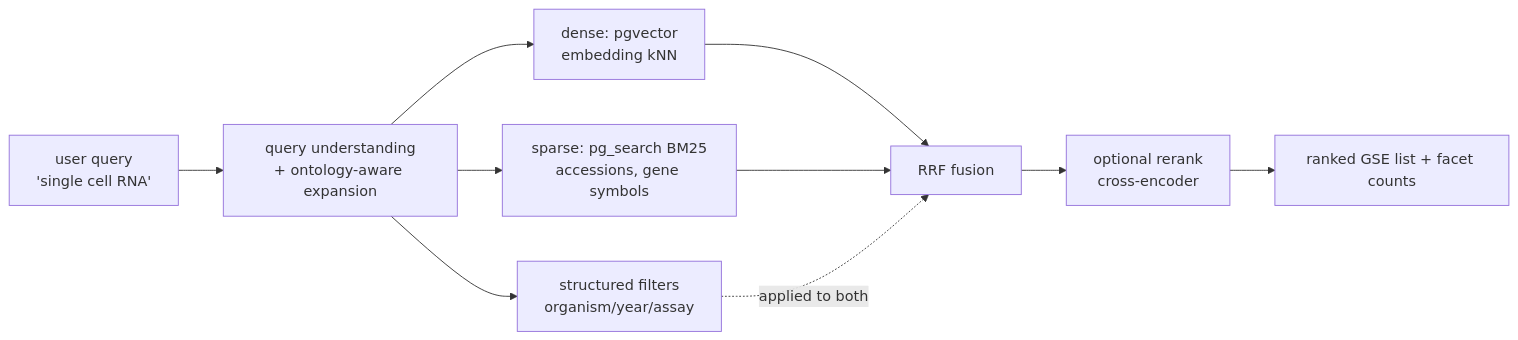
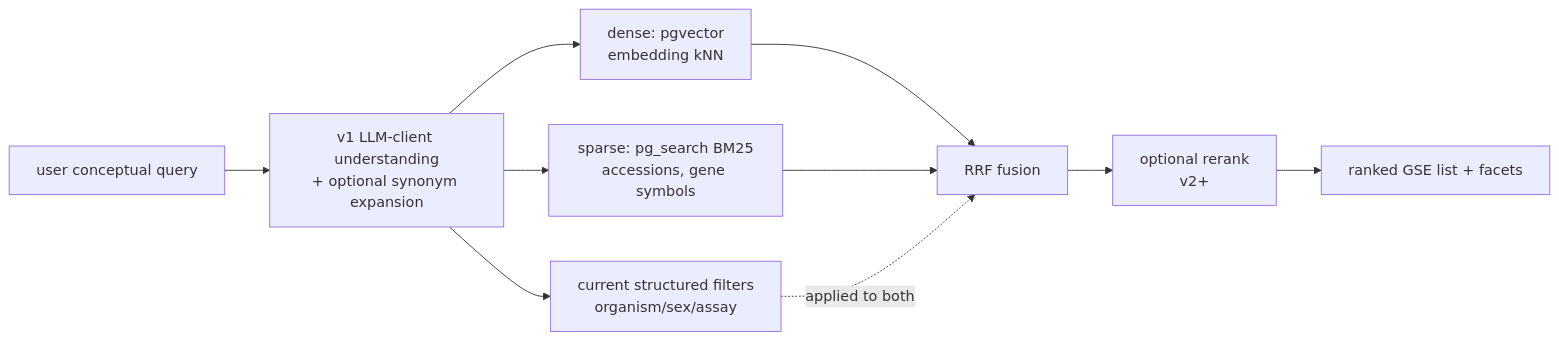
Before and after one commit to kevinwuhoo/GEOscope: the diagram in wiki/23-Search-and-Retrieval.md, drawn with Mermaid. The commit also changed other lines of this file and 23 other files, not shown here.

````diff
--- a/wiki/23-Search-and-Retrieval.md
+++ b/wiki/23-Search-and-Retrieval.md
@@ -12,12 +12,12 @@
 ```mermaid
 flowchart LR
-  Q[user query\n'single cell RNA'] --> QU[query understanding\n+ ontology-aware expansion]
+  Q[user conceptual query] --> QU[v1 LLM-client understanding\n+ optional synonym expansion]
   QU --> H1[dense: pgvector\nembedding kNN]
   QU --> H2[sparse: pg_search BM25\naccessions, gene symbols]
-  QU --> FIL[structured filters\norganism/year/assay]
+  QU --> FIL[current structured filters\norganism/sex/assay]
   H1 --> RRF[RRF fusion]
   H2 --> RRF
   FIL -. applied to both .-> RRF
-  RRF --> RR[optional rerank\ncross-encoder]
-  RR --> OUT[ranked GSE list + facet counts]
+  RRF --> RR[optional rerank\nv2+]
+  RR --> OUT[ranked GSE list + facets]
 ```
````
